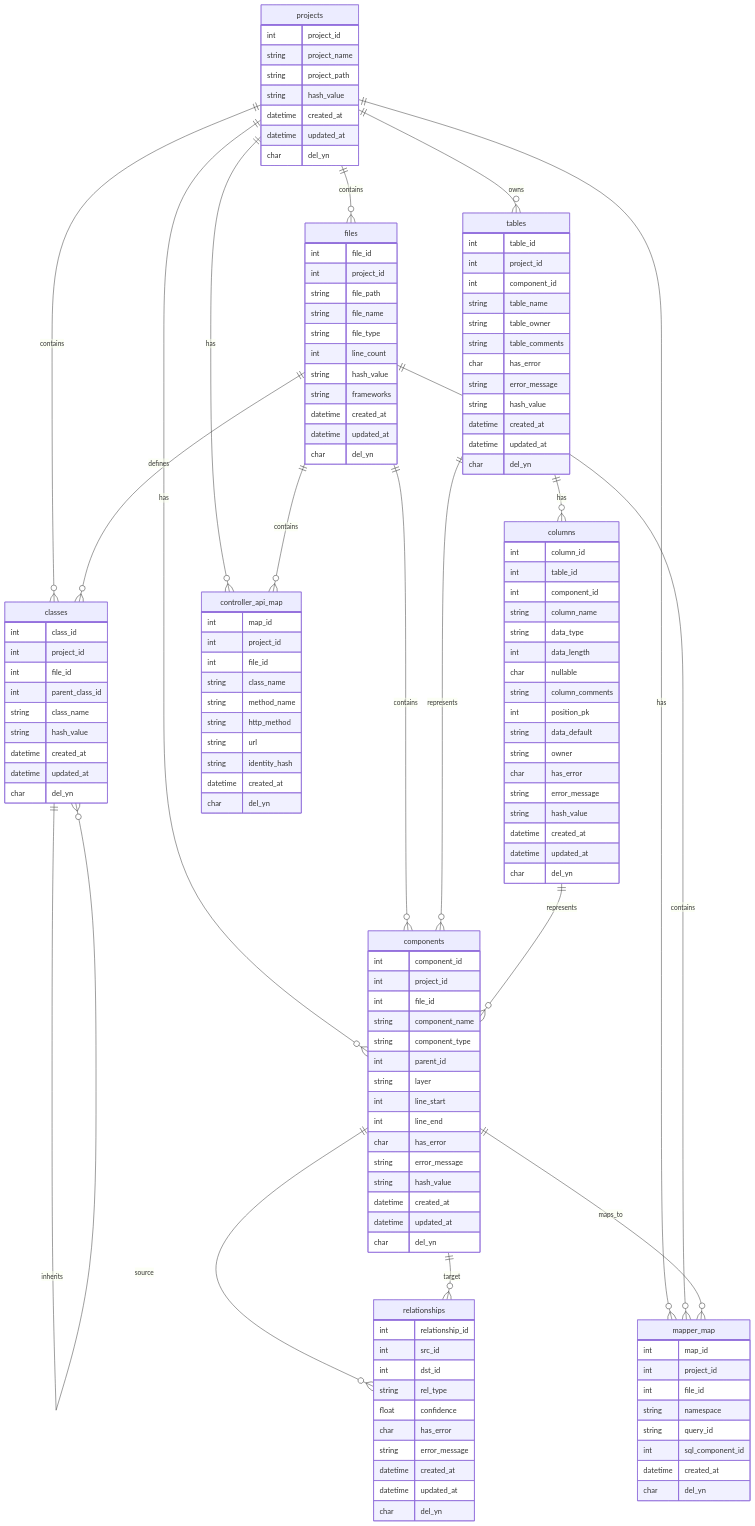
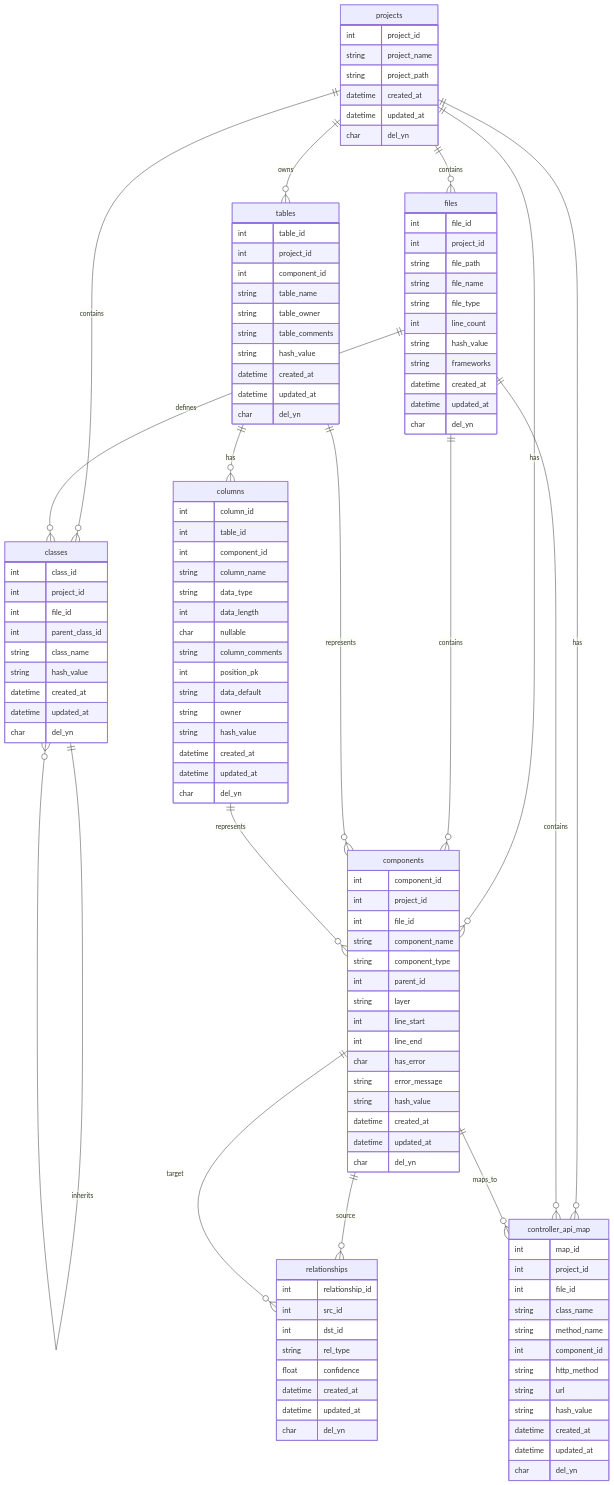
The first of 2 diagrams in docs/02_데이터베이스_스키마_정의서.md (kumtaek/CreateMetaDb), drawn with Mermaid before and after one commit. The commit also changed other lines of this file and 33 other files, not shown here.

````diff
--- a/docs/02_데이터베이스_스키마_정의서.md
+++ b/docs/02_데이터베이스_스키마_정의서.md
@@ -26,7 +26,6 @@
         int project_id
         string project_name
         string project_path
-        string hash_value
         datetime created_at
         datetime updated_at
         char del_yn
@@ -53,8 +52,6 @@
         string table_name
         string table_owner
         string table_comments
-        char has_error
-        string error_message
         string hash_value
         datetime created_at
         datetime updated_at
@@ -73,8 +70,6 @@
         int position_pk
         string data_default
         string owner
-        char has_error
-        string error_message
         string hash_value
         datetime created_at
         datetime updated_at
@@ -117,8 +112,6 @@
         int dst_id
         string rel_type
         float confidence
-        char has_error
-        string error_message
         datetime created_at
         datetime updated_at
         char del_yn
@@ -130,21 +123,12 @@
         int file_id
         string class_name
         string method_name
+        int component_id
         string http_method
         string url
-        string identity_hash
+        string hash_value
         datetime created_at
-        char del_yn
-    }
-
-    mapper_map {
-        int map_id
-        int project_id
-        int file_id
-        string namespace
-        string query_id
-        int sql_component_id
-        datetime created_at
+        datetime updated_at
         char del_yn
     }
 
@@ -153,12 +137,10 @@
     projects ||--o{ classes : contains
     projects ||--o{ components : has
     projects ||--o{ controller_api_map : has
-    projects ||--o{ mapper_map : has
     
     files ||--o{ classes : defines
     files ||--o{ components : contains
     files ||--o{ controller_api_map : contains
-    files ||--o{ mapper_map : contains
     
     tables ||--o{ columns : has
     tables ||--o{ components : represents
@@ -169,5 +151,5 @@
     
     components ||--o{ relationships : source
     components ||--o{ relationships : target
-    components ||--o{ mapper_map : maps_to
+    components ||--o{ controller_api_map : maps_to
 ```
````
